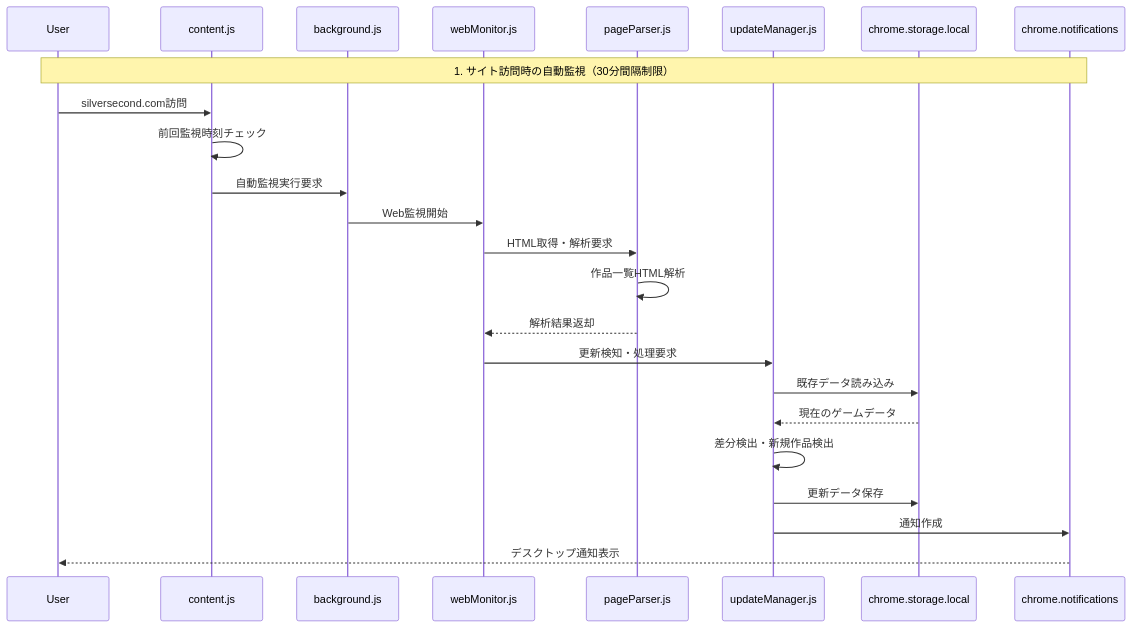
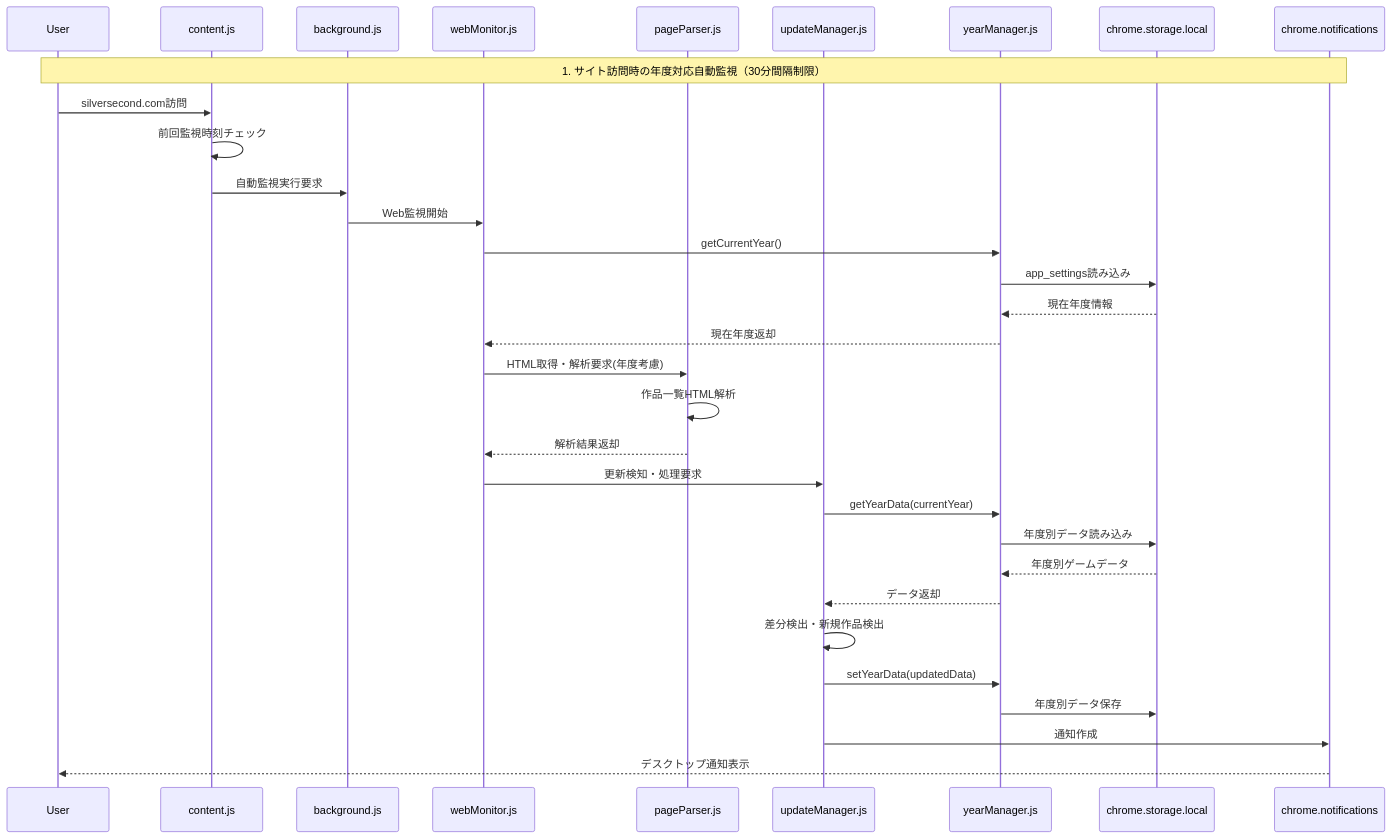
Before and after one commit to actpike/wudiConsuke: the second of 7 diagrams in .kiro/specs/wudiConsuke-documentation/design.md, drawn with Mermaid. The commit also changed other lines of this file and 18 other files, not shown here.

````diff
--- a/.kiro/specs/wudiConsuke-documentation/design.md
+++ b/.kiro/specs/wudiConsuke-documentation/design.md
@@ -108,27 +129,35 @@
 ```mermaid
 sequenceDiagram
     participant User
     participant ContentScript as content.js
     participant ServiceWorker as background.js
     participant WebMonitor as webMonitor.js
     participant PageParser as pageParser.js
     participant UpdateManager as updateManager.js
+    participant YearManager as yearManager.js
     participant Storage as chrome.storage.local
     participant Notification as chrome.notifications
     
-    Note over User,Notification: 1. サイト訪問時の自動監視（30分間隔制限）
+    Note over User,Notification: 1. サイト訪問時の年度対応自動監視（30分間隔制限）
     User->>ContentScript: silversecond.com訪問
     ContentScript->>ContentScript: 前回監視時刻チェック
     ContentScript->>ServiceWorker: 自動監視実行要求
     ServiceWorker->>WebMonitor: Web監視開始
-    WebMonitor->>PageParser: HTML取得・解析要求
+    WebMonitor->>YearManager: getCurrentYear()
+    YearManager->>Storage: app_settings読み込み
+    Storage-->>YearManager: 現在年度情報
+    YearManager-->>WebMonitor: 現在年度返却
+    WebMonitor->>PageParser: HTML取得・解析要求(年度考慮)
     PageParser->>PageParser: 作品一覧HTML解析
     PageParser-->>WebMonitor: 解析結果返却
     WebMonitor->>UpdateManager: 更新検知・処理要求
-    UpdateManager->>Storage: 既存データ読み込み
-    Storage-->>UpdateManager: 現在のゲームデータ
+    UpdateManager->>YearManager: getYearData(currentYear)
+    YearManager->>Storage: 年度別データ読み込み
+    Storage-->>YearManager: 年度別ゲームデータ
+    YearManager-->>UpdateManager: データ返却
     UpdateManager->>UpdateManager: 差分検出・新規作品検出
-    UpdateManager->>Storage: 更新データ保存
+    UpdateManager->>YearManager: setYearData(updatedData)
+    YearManager->>Storage: 年度別データ保存
     UpdateManager->>Notification: 通知作成
     Notification-->>User: デスクトップ通知表示
 ```
````
